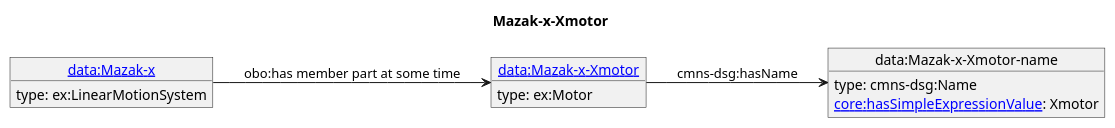
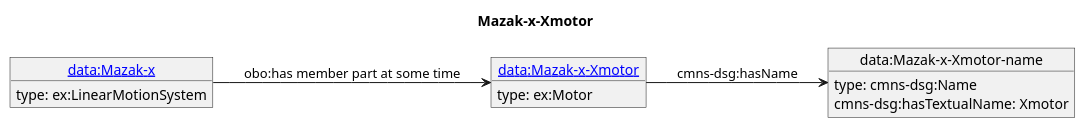
The diagram in diagrams/Mazak-x-Xmotor.puml (iofoundry/example-syseng-mtconnect), drawn with PlantUML before and after one commit. The commit also changed 144 other files, not shown here.

Commit message:
Switched to omg commons hasTextualName since it does not require a value expression as the domain.

```diff
--- a/diagrams/Mazak-x-Xmotor.puml
+++ b/diagrams/Mazak-x-Xmotor.puml
@@ -1,17 +1,17 @@
 @startuml
 skinparam linetype polyline
 left to right direction
 title Mazak-x-Xmotor
 object "[[./Mazak-x-Xmotor.html data:Mazak-x-Xmotor]]" as o1 {
  type: ex:Motor 
 }
 object "data:Mazak-x-Xmotor-name" as o2 {
  type: cmns-dsg:Name 
 }
 object "[[./Mazak-x.html data:Mazak-x]]" as o3 {
  type: ex:LinearMotionSystem 
 }
 o1 --> o2 : cmns-dsg:hasName
-o2 : [[https://spec.industrialontologies.org/ontology/core/Core/hasSimpleExpressionValue core:hasSimpleExpressionValue]]: Xmotor
+o2 : cmns-dsg:hasTextualName: Xmotor
 o3 --> o1 : obo:has member part at some time
 @enduml
```
